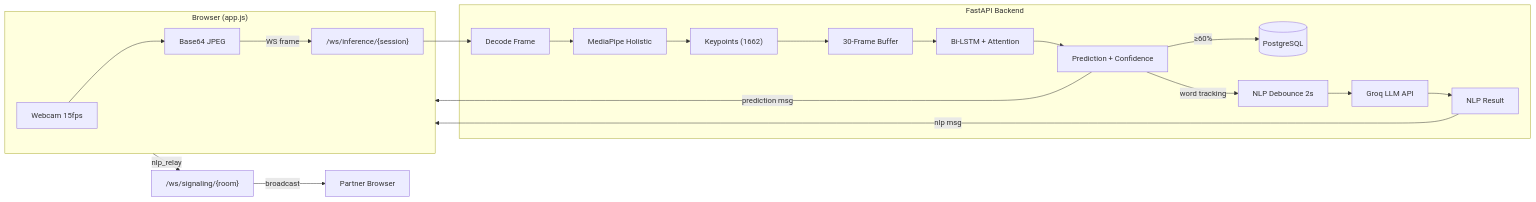
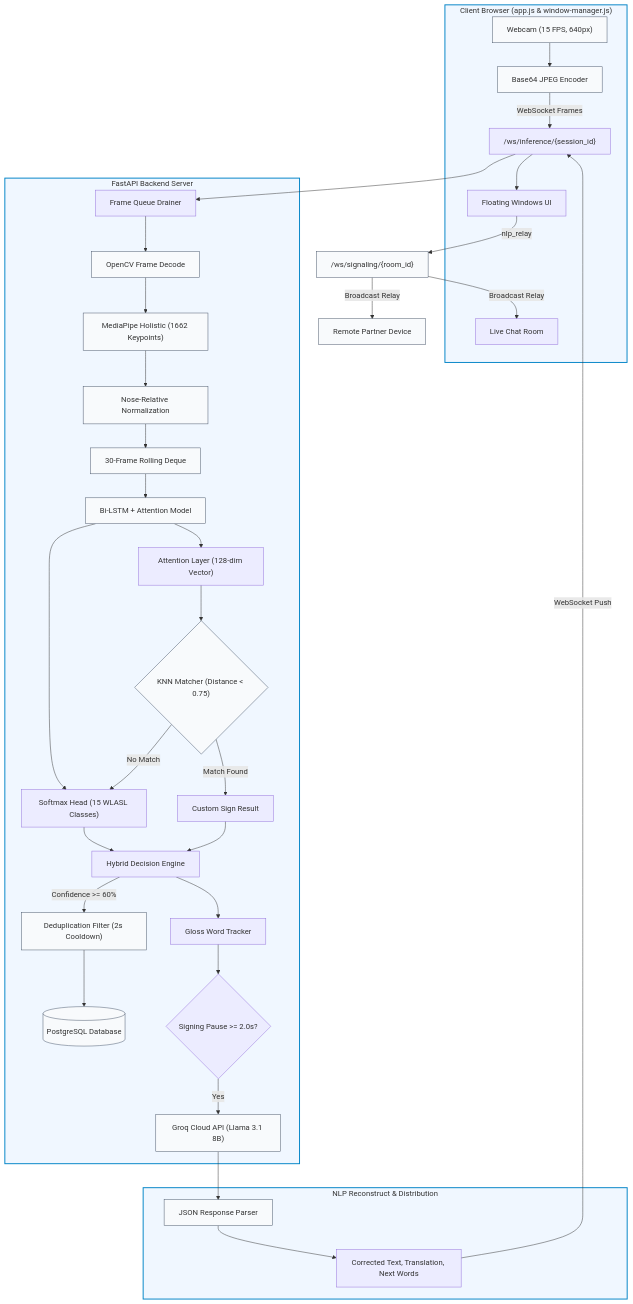
Before and after one commit to Tushar-Projects/Vocalize: the diagram in README.md, drawn with Mermaid. The commit also changed other lines of this file, not shown here.

````diff
--- a/README.md
+++ b/README.md
@@ -95,25 +54,51 @@
 ```mermaid
-graph LR
-    subgraph Browser["Browser (app.js)"]
-        CAM[Webcam 15fps] --> B64[Base64 JPEG]
-        B64 -->|WS frame| INF_WS["/ws/inference/{session}"]
+graph TD
+    subgraph Client["Client Browser (app.js & window-manager.js)"]
+        CAM["Webcam (15 FPS, 640px)"] --> B64["Base64 JPEG Encoder"]
+        B64 -->|WebSocket Frames| INF_WS["/ws/inference/{session_id}"]
+        UI_DISPLAY["Floating Windows UI"]
+        CHAT_UI["Live Chat Room"]
     end
 
-    subgraph Backend["FastAPI Backend"]
-        INF_WS --> DEC[Decode Frame]
-        DEC --> MP[MediaPipe Holistic]
-        MP --> KP["Keypoints (1662)"]
-        KP --> BUF[30-Frame Buffer]
-        BUF --> LSTM["Bi-LSTM + Attention"]
-        LSTM --> PRED[Prediction + Confidence]
-        PRED -->|≥60%| DB[(PostgreSQL)]
-        PRED -->|word tracking| NLP_Q[NLP Debounce 2s]
-        NLP_Q --> GROQ[Groq LLM API]
-        GROQ --> NLP_R[NLP Result]
+    subgraph Backend["FastAPI Backend Server"]
+        INF_WS --> DRAIN["Frame Queue Drainer"]
+        DRAIN --> DEC["OpenCV Frame Decode"]
+        DEC --> MP["MediaPipe Holistic (1662 Keypoints)"]
+        MP --> NORM["Nose-Relative Normalization"]
+        NORM --> BUF["30-Frame Rolling Deque"]
+
+        BUF --> CLF["Bi-LSTM + Attention Model"]
+        CLF --> HEAD_BASE["Softmax Head (15 WLASL Classes)"]
+        CLF --> HEAD_EMBED["Attention Layer (128-dim Vector)"]
+
+        HEAD_EMBED --> KNN{"KNN Matcher (Distance < 0.75)"}
+        KNN -->|Match Found| CUSTOM_RES["Custom Sign Result"]
+        KNN -->|No Match| HEAD_BASE
+
+        HEAD_BASE --> DECISION["Hybrid Decision Engine"]
+        CUSTOM_RES --> DECISION
+
+        DECISION -->|Confidence >= 60%| DEDUP["Deduplication Filter (2s Cooldown)"]
+        DEDUP --> DB[("PostgreSQL Database")]
+        DECISION --> TRACK["Gloss Word Tracker"]
+        TRACK --> DEBOUNCE{"Signing Pause >= 2.0s?"}
+
+        DEBOUNCE -->|Yes| GROQ["Groq Cloud API (Llama 3.1 8B)"]
     end
 
-    PRED -->|prediction msg| Browser
-    NLP_R -->|nlp msg| Browser
-    Browser -->|nlp_relay| SIG["/ws/signaling/{room}"]
-    SIG -->|broadcast| PARTNER[Partner Browser]
+    subgraph NLP_Output["NLP Reconstruct & Distribution"]
+        GROQ --> PARSE["JSON Response Parser"]
+        PARSE --> NLP_MSG["Corrected Text, Translation, Next Words"]
+        NLP_MSG -->|WebSocket Push| INF_WS
+    end
+
+    INF_WS --> UI_DISPLAY
+    UI_DISPLAY -->|nlp_relay| SIG_WS["/ws/signaling/{room_id}"]
+    SIG_WS -->|Broadcast Relay| CHAT_UI
+    SIG_WS -->|Broadcast Relay| PARTNER["Remote Partner Device"]
+
+    classDef core fill:#f0f7ff,stroke:#0284c7,stroke-width:2px;
+    classDef comp fill:#f8fafc,stroke:#475569,stroke-width:1px;
+    class Client,Backend,NLP_Output core;
+    class CAM,B64,DEC,MP,NORM,BUF,CLF,KNN,DEDUP,DB,GROQ,PARSE,SIG_WS,PARTNER comp;
 ```
````
